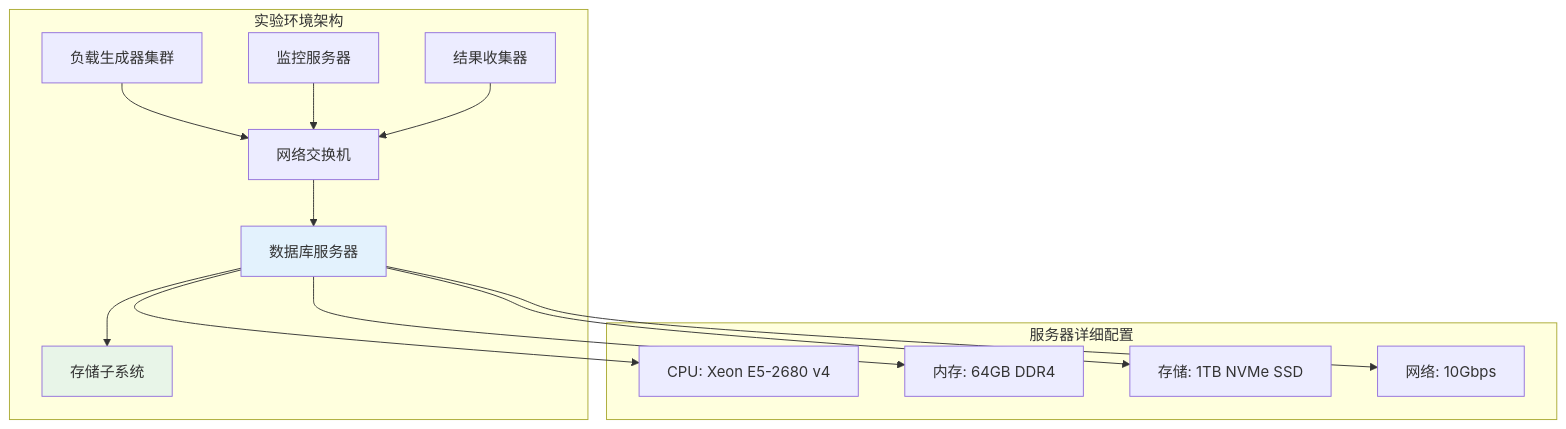
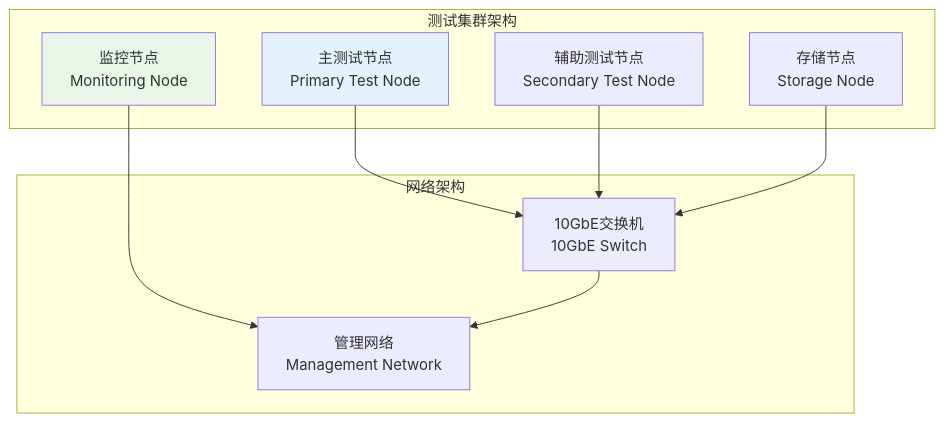
The first of 25 diagrams in md/第五章-实验与分析.md (crazypenguincode/duckdb), drawn with Mermaid before and after one commit. The commit also changed other lines of this file and 361 other files, not shown here.

````diff
--- a/md/第五章-实验与分析.md
+++ b/md/第五章-实验与分析.md
@@ -24,21 +19,23 @@
 ```mermaid
 graph TB
-    subgraph "实验环境架构"
-        A[负载生成器集群] --> B[网络交换机]
-        B --> C[数据库服务器]
-        C --> D[存储子系统]
-        
-        E[监控服务器] --> B
-        F[结果收集器] --> B
+    subgraph "测试集群架构"
+        A[主测试节点<br/>Primary Test Node]
+        B[辅助测试节点<br/>Secondary Test Node]
+        C[监控节点<br/>Monitoring Node]
+        D[存储节点<br/>Storage Node]
     end
     
-    subgraph "服务器详细配置"
-        C --> C1[CPU: Xeon E5-2680 v4]
-        C --> C2[内存: 64GB DDR4]
-        C --> C3[存储: 1TB NVMe SSD]
-        C --> C4[网络: 10Gbps]
+    subgraph "网络架构"
+        E[10GbE交换机<br/>10GbE Switch]
+        F[管理网络<br/>Management Network]
     end
     
-    style C fill:#e3f2fd
-    style D fill:#e8f5e8
+    A --> E
+    B --> E
+    C --> F
+    D --> E
+    E --> F
+    
+    style A fill:#e3f2fd
+    style C fill:#e8f5e8
 ```
````
